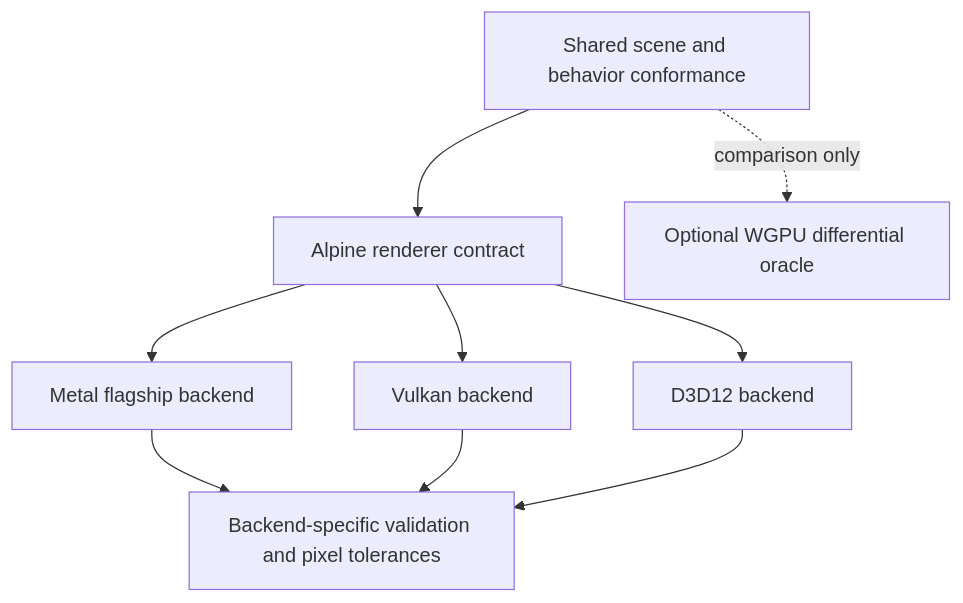
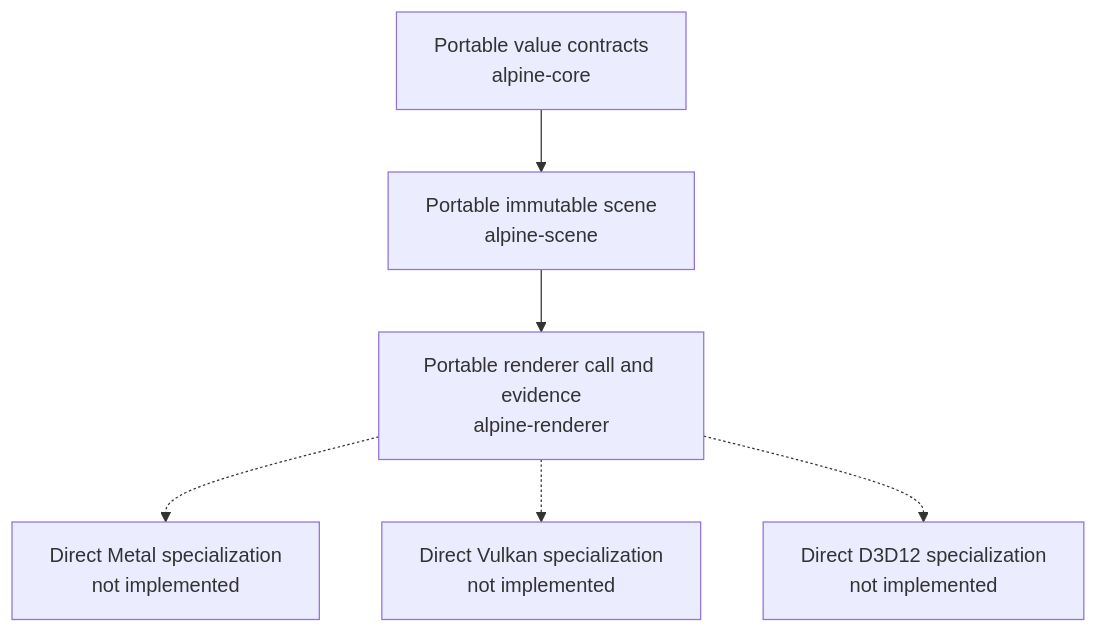
The fifth of 7 diagrams in ARCHITECTURE.md (dbuddha/alpine-gpui), drawn with Mermaid before and after one commit. The commit also changed other lines of this file and 40 other files, not shown here.

````diff
--- a/ARCHITECTURE.md
+++ b/ARCHITECTURE.md
@@ -269,16 +127,14 @@
 ```mermaid
-flowchart TD
-    conformance["Shared scene and behavior conformance"]
-    renderer_api["Alpine renderer contract"]
-    metal["Metal flagship backend"]
-    vulkan["Vulkan backend"]
-    d3d12["D3D12 backend"]
-    wgpu["Optional WGPU differential oracle"]
-    native_tests["Backend-specific validation and pixel tolerances"]
+flowchart TB
+    core["Portable value contracts<br/>alpine-core"]
+    scene["Portable immutable scene<br/>alpine-scene"]
+    contract["Portable renderer call and evidence<br/>alpine-renderer"]
+    metal["Direct Metal specialization<br/>not implemented"]
+    vulkan["Direct Vulkan specialization<br/>not implemented"]
+    d3d12["Direct D3D12 specialization<br/>not implemented"]
 
-    conformance --> renderer_api
-    renderer_api --> metal --> native_tests
-    renderer_api --> vulkan --> native_tests
-    renderer_api --> d3d12 --> native_tests
-    conformance -.->|"comparison only"| wgpu
+    core --> scene --> contract
+    contract -.-> metal
+    contract -.-> vulkan
+    contract -.-> d3d12
 ```
````
